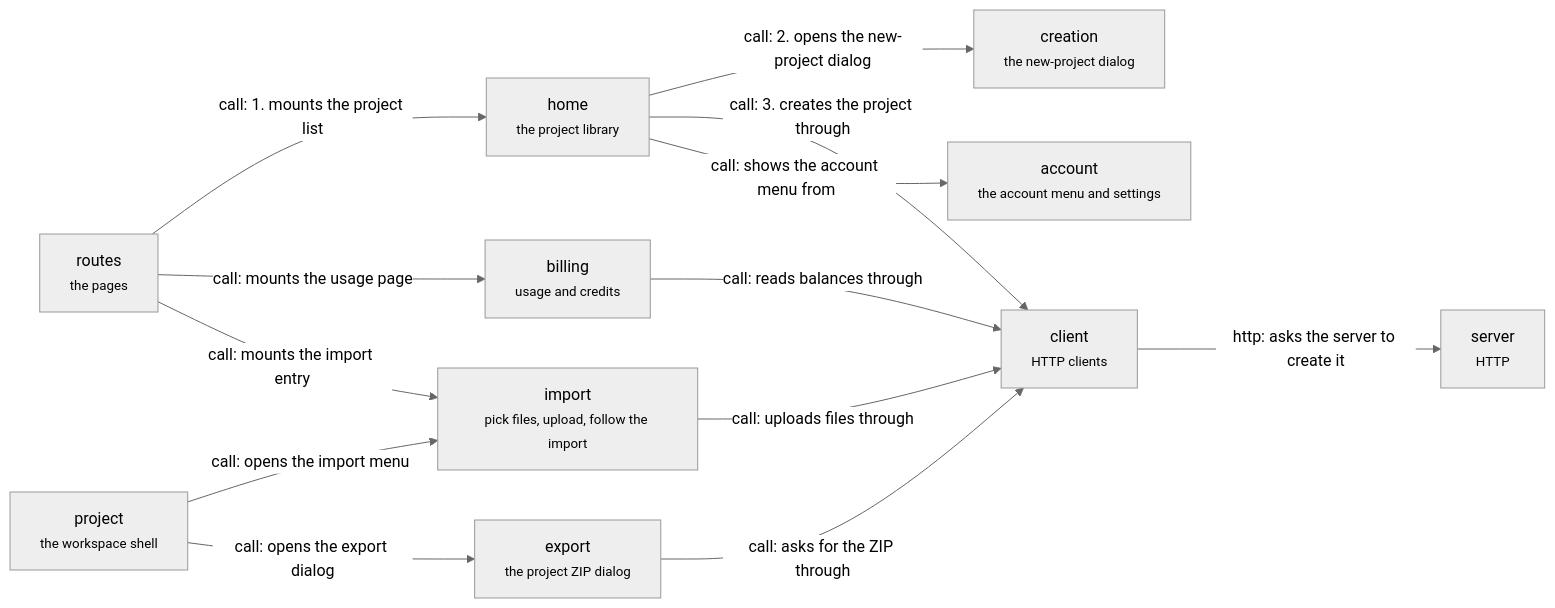
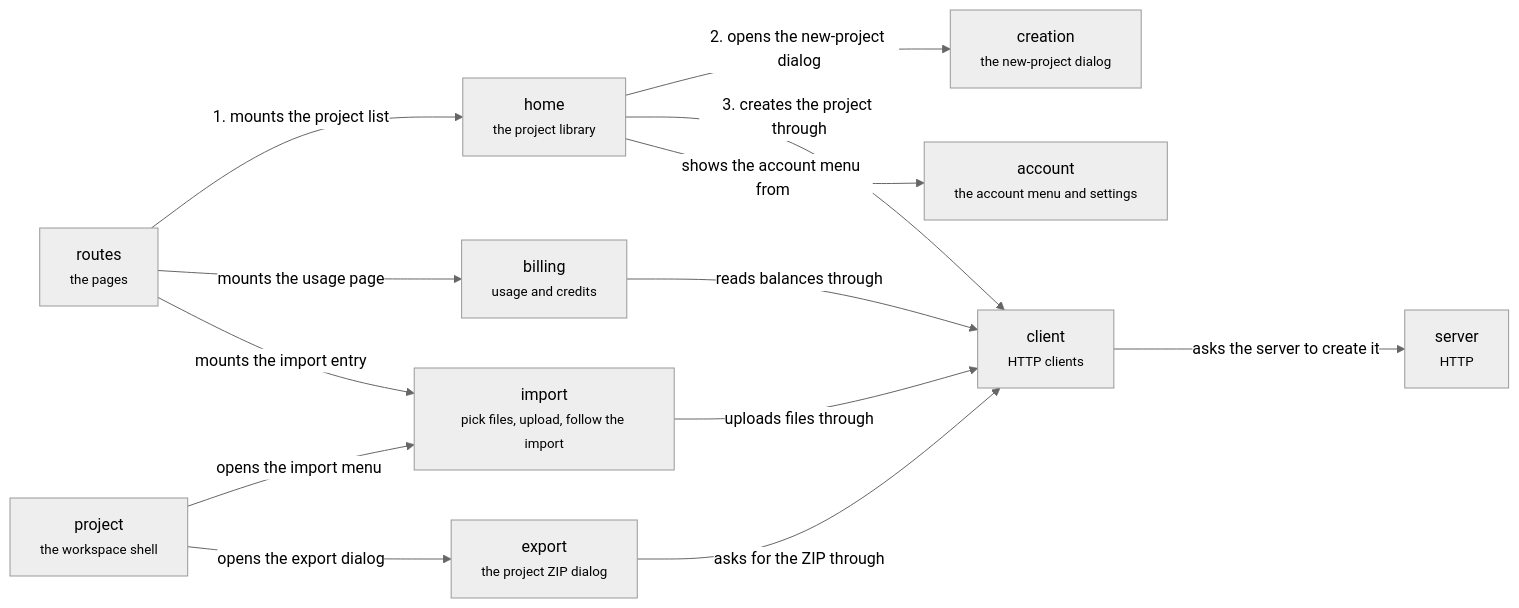
One commit to haowjy/meridian-flow changed the diagram in .context/system-architecture/app-library.md. Above: the diagram before and after it, drawn with Mermaid (neutral theme). The commit also changed 13 other files, not shown here.

````diff
--- a/.context/system-architecture/app-library.md
+++ b/.context/system-architecture/app-library.md
@@ -5,25 +5,25 @@
 ```mermaid
 flowchart LR
   home["home<br/><small>the project library</small>"]:::feature
   creation["creation<br/><small>the new-project dialog</small>"]:::feature
   import["import<br/><small>pick files, upload, follow the import</small>"]:::feature
   export["export<br/><small>the project ZIP dialog</small>"]:::feature
   account["account<br/><small>the account menu and settings</small>"]:::feature
   billing["billing<br/><small>usage and credits</small>"]:::feature
   routes["routes<br/><small>the pages</small>"]:::context
   project["project<br/><small>the workspace shell</small>"]:::context
   client["client<br/><small>HTTP clients</small>"]:::context
   server["server<br/><small>HTTP</small>"]:::context
-  routes -->|"call: 1. mounts the project list"| home
-  home -->|"call: 2. opens the new-project dialog"| creation
-  home -->|"call: 3. creates the project through"| client
-  client -->|"http: asks the server to create it"| server
-  routes -->|"call: mounts the usage page"| billing
-  routes -->|"call: mounts the import entry"| import
-  home -->|"call: shows the account menu from"| account
-  project -->|"call: opens the import menu"| import
-  project -->|"call: opens the export dialog"| export
-  import -->|"call: uploads files through"| client
-  export -->|"call: asks for the ZIP through"| client
-  billing -->|"call: reads balances through"| client
+  routes -->|"1. mounts the project list"| home
+  home -->|"2. opens the new-project dialog"| creation
+  home -->|"3. creates the project through"| client
+  client -->|"asks the server to create it"| server
+  routes -->|"mounts the usage page"| billing
+  routes -->|"mounts the import entry"| import
+  home -->|"shows the account menu from"| account
+  project -->|"opens the import menu"| import
+  project -->|"opens the export dialog"| export
+  import -->|"uploads files through"| client
+  export -->|"asks for the ZIP through"| client
+  billing -->|"reads balances through"| client
 ```
````
